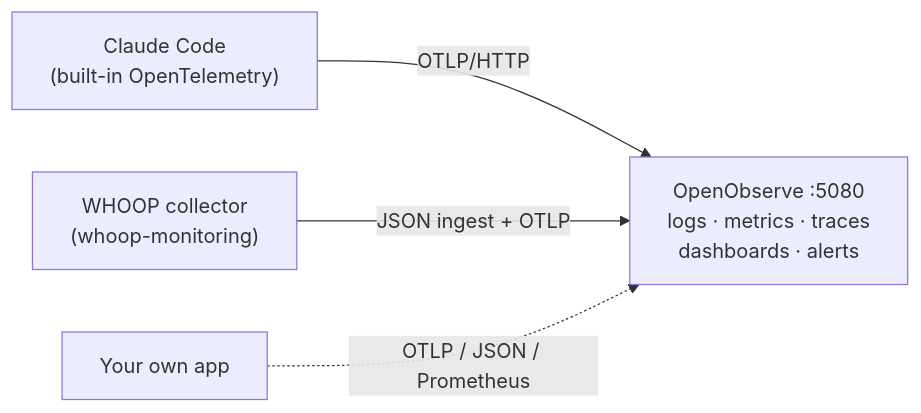
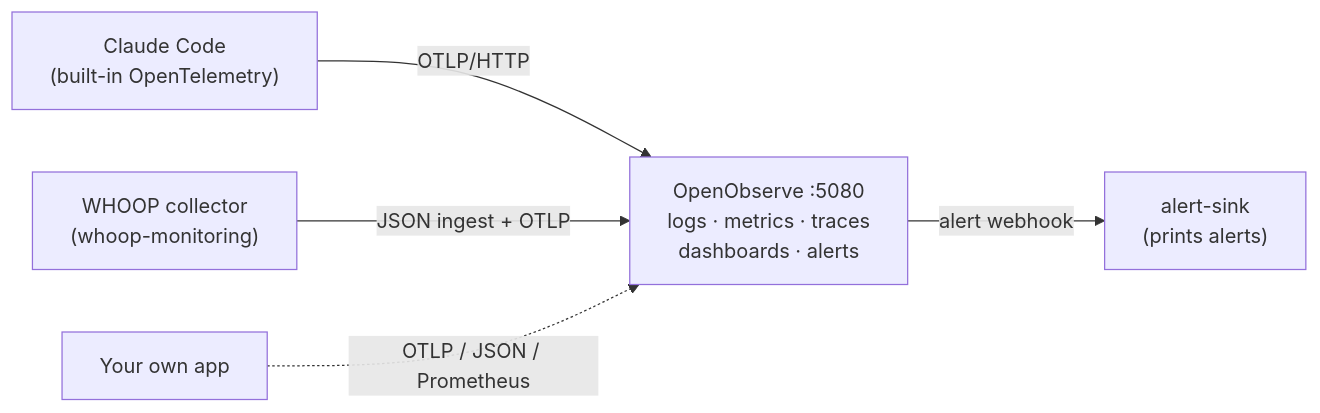
Before and after one commit to Iamrushabhshahh/openobserve-playground: the diagram in README.md, drawn with Mermaid. The commit also changed other lines of this file and 9 other files, not shown here.

````diff
--- a/README.md
+++ b/README.md
@@ -8,7 +8,7 @@
 ```mermaid
 flowchart LR
   C["Claude Code<br/>(built-in OpenTelemetry)"] -->|"OTLP/HTTP"| O
   W["WHOOP collector<br/>(whoop-monitoring)"] -->|"JSON ingest + OTLP"| O
   Y["Your own app"] -.->|"OTLP / JSON / Prometheus"| O
-  O["OpenObserve :5080<br/>logs · metrics · traces<br/>dashboards · alerts"]
+  O["OpenObserve :5080<br/>logs · metrics · traces<br/>dashboards · alerts"] -->|"alert webhook"| S["alert-sink<br/>(prints alerts)"]
 ```
````
